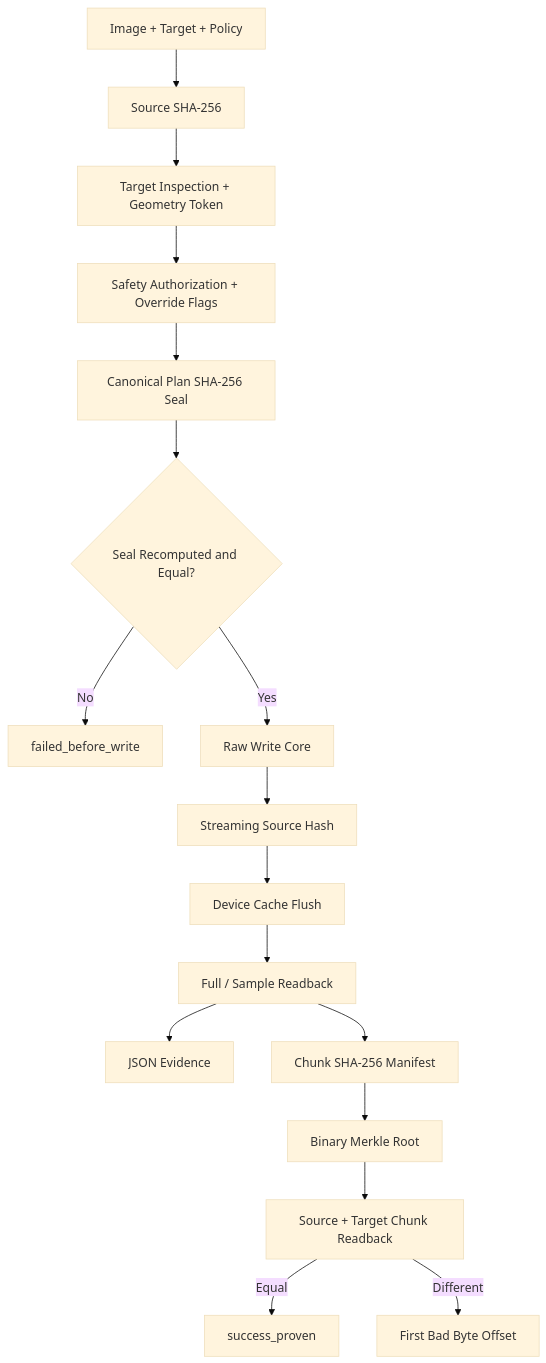
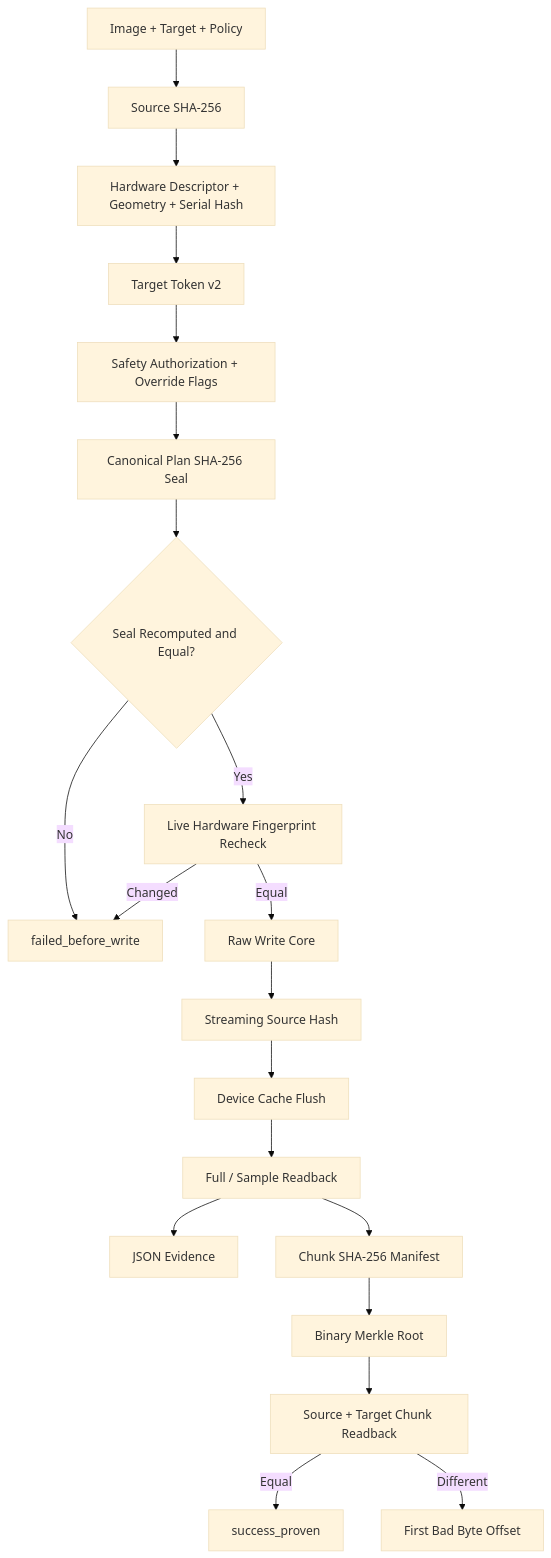
The diagram in README.md (Deadbytes101/DEADFLASH), drawn with Mermaid (base theme) before and after one commit. The commit also changed other lines of this file, not shown here.

Commit message:
document hardware-bound target fingerprint tokens

````diff
--- a/README.md
+++ b/README.md
@@ -211,19 +229,22 @@
 ```mermaid
 flowchart TD
     INPUT[Image + Target + Policy] --> HASH[Source SHA-256]
-    HASH --> TARGET[Target Inspection + Geometry Token]
-    TARGET --> SAFETY[Safety Authorization + Override Flags]
+    HASH --> TARGET[Hardware Descriptor + Geometry + Serial Hash]
+    TARGET --> TOKEN[Target Token v2]
+    TOKEN --> SAFETY[Safety Authorization + Override Flags]
     SAFETY --> SEAL[Canonical Plan SHA-256 Seal]
     SEAL --> AUTH{Seal Recomputed and Equal?}
     AUTH -->|No| ABORT[failed_before_write]
-    AUTH -->|Yes| CORE[Raw Write Core]
+    AUTH -->|Yes| RECHECK[Live Hardware Fingerprint Recheck]
+    RECHECK -->|Changed| ABORT
+    RECHECK -->|Equal| CORE[Raw Write Core]
     CORE --> STREAM[Streaming Source Hash]
     STREAM --> FLUSH[Device Cache Flush]
     FLUSH --> VERIFY[Full / Sample Readback]
     VERIFY --> EVIDENCE[JSON Evidence]
     VERIFY --> MANIFEST[Chunk SHA-256 Manifest]
     MANIFEST --> MERKLE[Binary Merkle Root]
     MERKLE --> PROOF[Source + Target Chunk Readback]
     PROOF -->|Equal| PROVEN[success_proven]
     PROOF -->|Different| OFFSET[First Bad Byte Offset]
 ```
````
